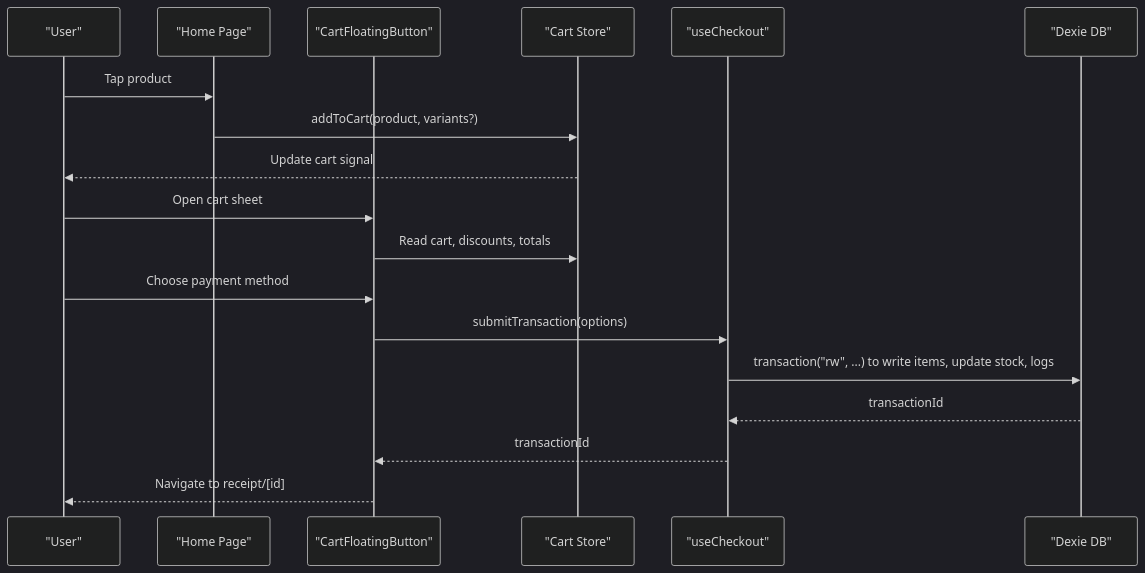
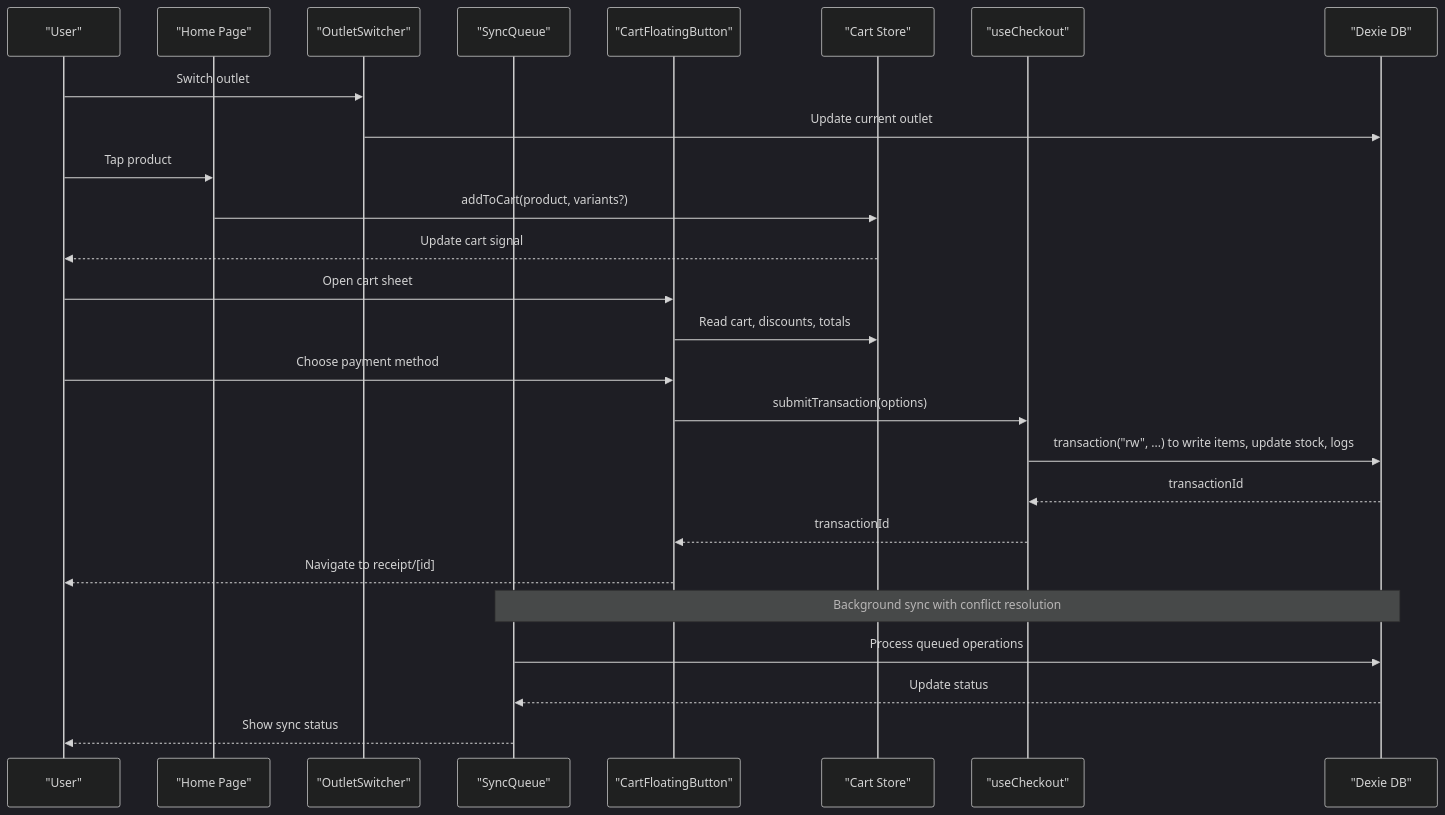
The second of 9 diagrams in .qoder/repowiki/en/content/POS System/POS System.md (riod94/ngepos), drawn with Mermaid (dark theme) before and after one commit. The commit also changed other lines of this file and 18 other files, not shown here.

````diff
--- a/.qoder/repowiki/en/content/POS System/POS System.md
+++ b/.qoder/repowiki/en/content/POS System/POS System.md
@@ -150,20 +243,28 @@
 ```mermaid
 sequenceDiagram
 participant U as "User"
 participant Home as "Home Page"
+participant Outlet as "OutletSwitcher"
+participant Sync as "SyncQueue"
 participant Cart as "CartFloatingButton"
 participant Store as "Cart Store"
 participant Hook as "useCheckout"
 participant DB as "Dexie DB"
+U->>Outlet : Switch outlet
+Outlet->>DB : Update current outlet
 U->>Home : Tap product
 Home->>Store : addToCart(product, variants?)
 Store-->>U : Update cart signal
 U->>Cart : Open cart sheet
 Cart->>Store : Read cart, discounts, totals
 U->>Cart : Choose payment method
 Cart->>Hook : submitTransaction(options)
 Hook->>DB : transaction("rw", ...) to write items, update stock, logs
 DB-->>Hook : transactionId
 Hook-->>Cart : transactionId
 Cart-->>U : Navigate to receipt/[id]
+Note over Sync,DB : Background sync with conflict resolution
+Sync->>DB : Process queued operations
+DB-->>Sync : Update status
+Sync-->>U : Show sync status
 ```
````
